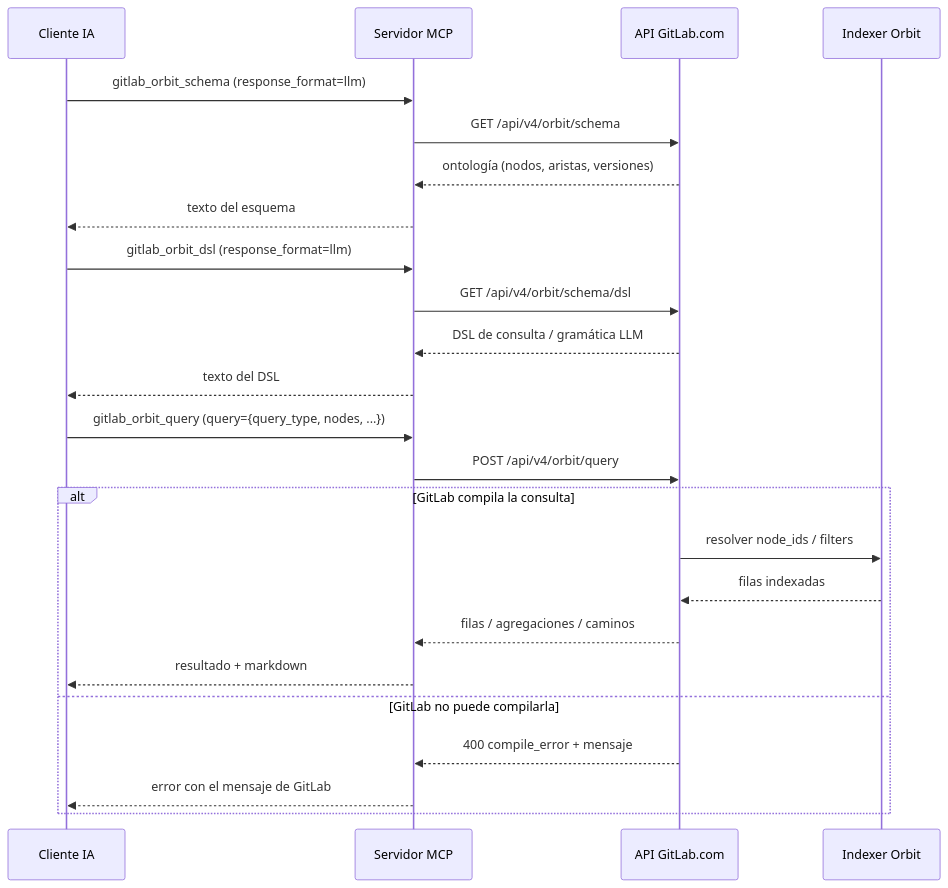
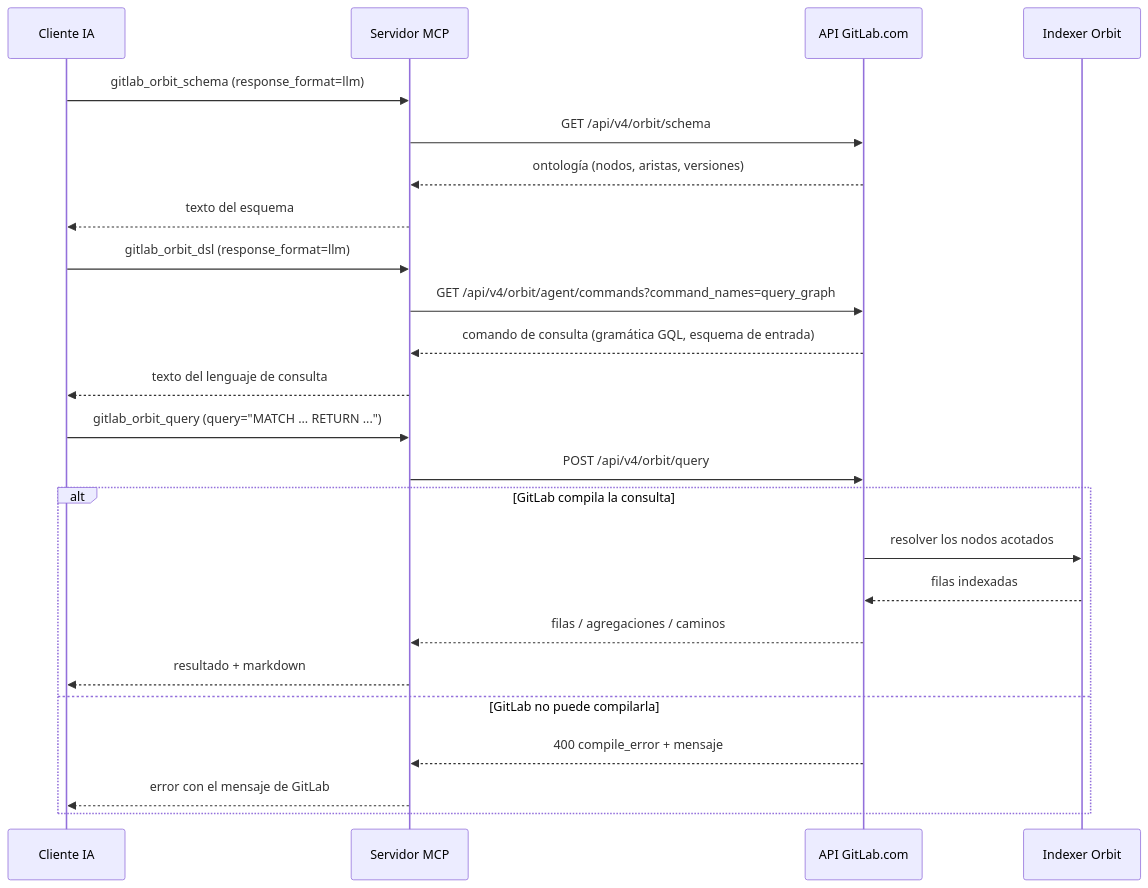
The diagram in site/src/content/docs/es/tools/orbit.mdx (jmrplens/gitlab-mcp-server), drawn with Mermaid before and after one commit. The commit also changed other lines of this file and 5 other files, not shown here.

First line of the commit message:
docs(orbit): teach GQL and say what a JSON query gets

````diff
--- a/site/src/content/docs/es/tools/orbit.mdx
+++ b/site/src/content/docs/es/tools/orbit.mdx
@@ -102,29 +108,29 @@
 ```mermaid
 sequenceDiagram
     participant LLM as Cliente IA
     participant MCP as Servidor MCP
     participant GL as API GitLab.com
     participant IDX as Indexer Orbit
 
     LLM->>MCP: gitlab_orbit_schema (response_format=llm)
     MCP->>GL: GET /api/v4/orbit/schema
     GL-->>MCP: ontología (nodos, aristas, versiones)
     MCP-->>LLM: texto del esquema
 
     LLM->>MCP: gitlab_orbit_dsl (response_format=llm)
-    MCP->>GL: GET /api/v4/orbit/schema/dsl
-    GL-->>MCP: DSL de consulta / gramática LLM
-    MCP-->>LLM: texto del DSL
+    MCP->>GL: GET /api/v4/orbit/agent/commands?command_names=query_graph
+    GL-->>MCP: comando de consulta (gramática GQL, esquema de entrada)
+    MCP-->>LLM: texto del lenguaje de consulta
 
-    LLM->>MCP: gitlab_orbit_query (query={query_type, nodes, ...})
+    LLM->>MCP: gitlab_orbit_query (query="MATCH ... RETURN ...")
     MCP->>GL: POST /api/v4/orbit/query
     alt GitLab compila la consulta
-        GL->>IDX: resolver node_ids / filters
+        GL->>IDX: resolver los nodos acotados
         IDX-->>GL: filas indexadas
         GL-->>MCP: filas / agregaciones / caminos
         MCP-->>LLM: resultado + markdown
     else GitLab no puede compilarla
         GL-->>MCP: 400 compile_error + mensaje
         MCP-->>LLM: error con el mensaje de GitLab
     end
 ```
````
